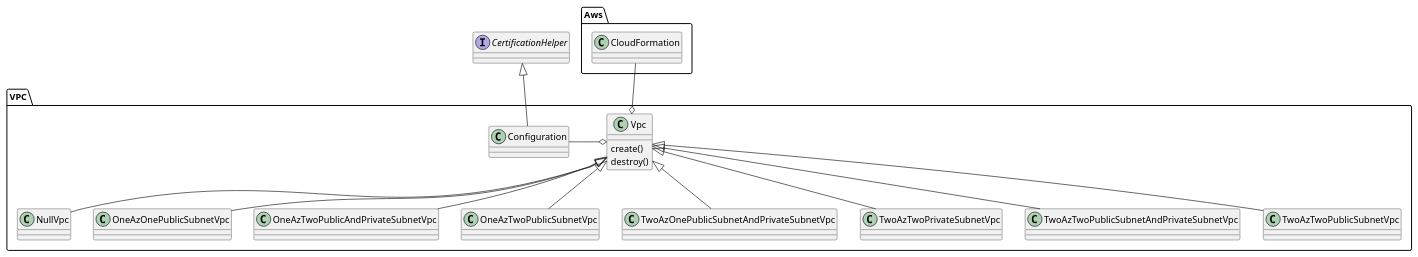
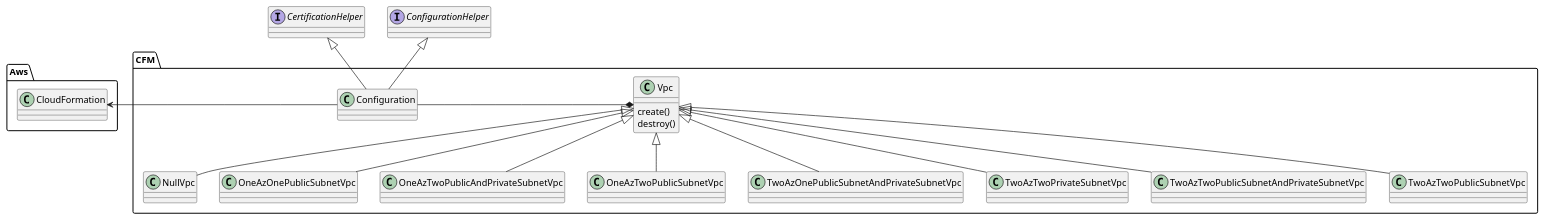
The diagram in docs/dev/cfm/vpc/core_model.puml (k2works/etude_for_aws), drawn with PlantUML before and after one commit. The commit also changed 4 other files, not shown here.

```diff
--- a/docs/dev/cfm/vpc/core_model.puml
+++ b/docs/dev/cfm/vpc/core_model.puml
@@ -1,27 +1,29 @@
 @startuml
 
 package Aws {
   class CloudFormation
 }
 
 Interface CertificationHelper
+Interface ConfigurationHelper
 
-package VPC {
+package CFM {
   class Vpc {
     create()
     destroy()
   }
   CertificationHelper <|-- Configuration
-  Vpc o-u- CloudFormation
-  Vpc o-l- Configuration
+  ConfigurationHelper <|-- Configuration
+  Configuration -l-> CloudFormation
+  Vpc *-l- Configuration
   Vpc <|-- NullVpc
   Vpc <|-- OneAzOnePublicSubnetVpc
   Vpc <|-- OneAzTwoPublicAndPrivateSubnetVpc
   Vpc <|-- OneAzTwoPublicSubnetVpc
   Vpc <|-- TwoAzOnePublicSubnetAndPrivateSubnetVpc
   Vpc <|-- TwoAzTwoPrivateSubnetVpc
   Vpc <|-- TwoAzTwoPublicSubnetAndPrivateSubnetVpc
   Vpc <|-- TwoAzTwoPublicSubnetVpc
 }
 
 @enduml
```
